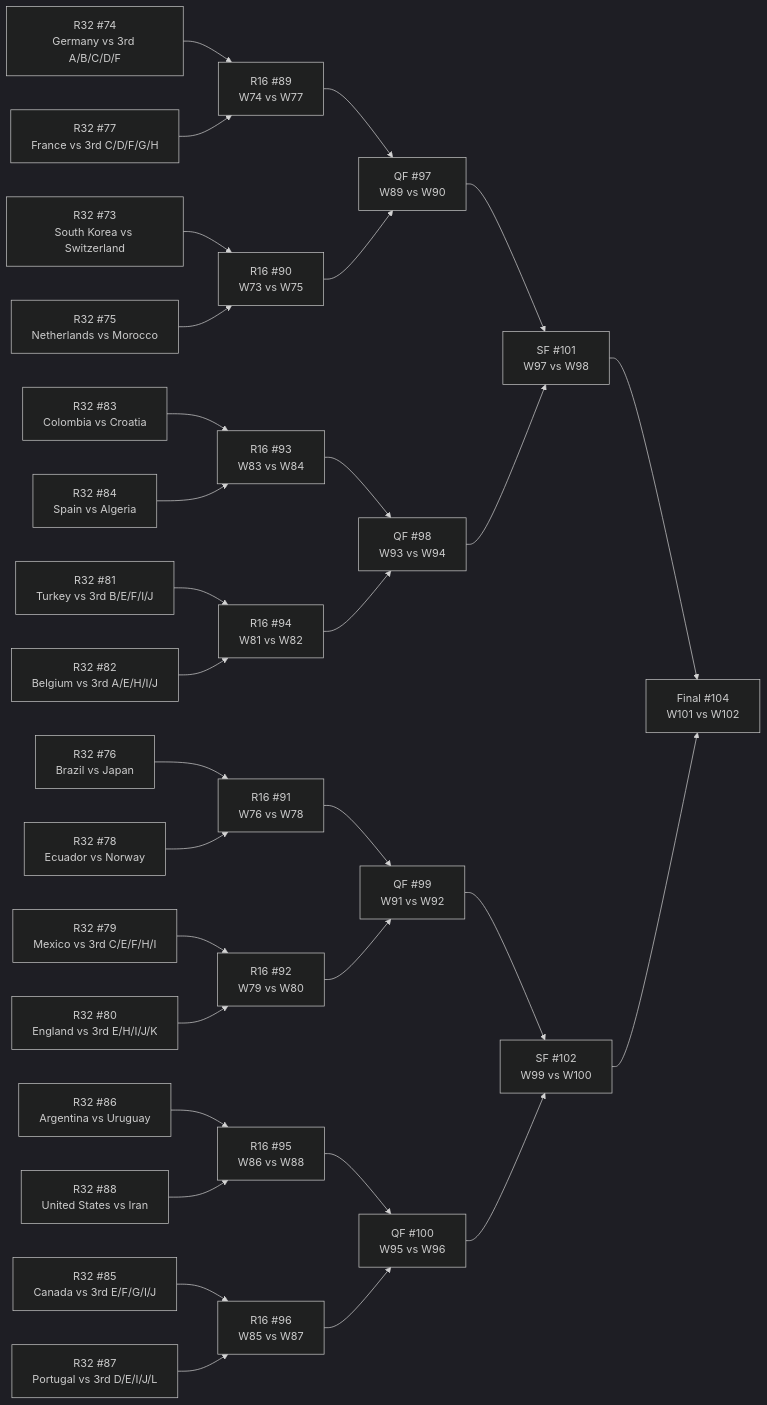
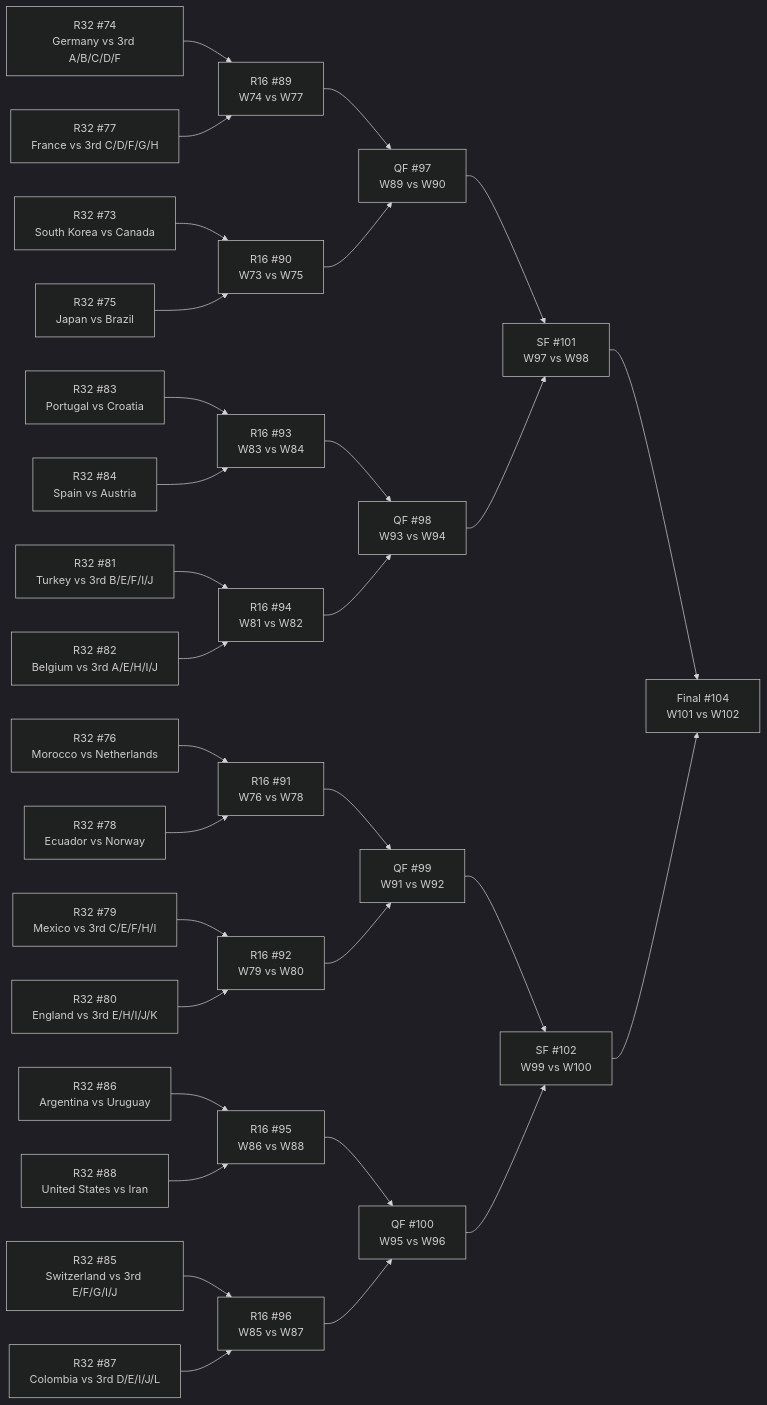
The diagram in WC vault/_bracket.md (Tutai-Tran/WC-2026-predictor), drawn with Mermaid (dark theme) before and after one commit. The commit also changed 229 other files, not shown here.

````diff
--- a/WC vault/_bracket.md
+++ b/WC vault/_bracket.md
@@ -11,64 +11,64 @@
 ```mermaid
 flowchart LR
-  M73["R32 #73<br>South Korea vs Switzerland"]
+  M73["R32 #73<br>South Korea vs Canada"]
   M74["R32 #74<br>Germany vs 3rd A/B/C/D/F"]
-  M75["R32 #75<br>Netherlands vs Morocco"]
-  M76["R32 #76<br>Brazil vs Japan"]
+  M75["R32 #75<br>Japan vs Brazil"]
+  M76["R32 #76<br>Morocco vs Netherlands"]
   M77["R32 #77<br>France vs 3rd C/D/F/G/H"]
   M78["R32 #78<br>Ecuador vs Norway"]
   M79["R32 #79<br>Mexico vs 3rd C/E/F/H/I"]
   M80["R32 #80<br>England vs 3rd E/H/I/J/K"]
   M81["R32 #81<br>Turkey vs 3rd B/E/F/I/J"]
   M82["R32 #82<br>Belgium vs 3rd A/E/H/I/J"]
-  M83["R32 #83<br>Colombia vs Croatia"]
-  M84["R32 #84<br>Spain vs Algeria"]
-  M85["R32 #85<br>Canada vs 3rd E/F/G/I/J"]
+  M83["R32 #83<br>Portugal vs Croatia"]
+  M84["R32 #84<br>Spain vs Austria"]
+  M85["R32 #85<br>Switzerland vs 3rd E/F/G/I/J"]
   M86["R32 #86<br>Argentina vs Uruguay"]
-  M87["R32 #87<br>Portugal vs 3rd D/E/I/J/L"]
+  M87["R32 #87<br>Colombia vs 3rd D/E/I/J/L"]
   M88["R32 #88<br>United States vs Iran"]
   M89["R16 #89<br>W74 vs W77"]
   M90["R16 #90<br>W73 vs W75"]
   M91["R16 #91<br>W76 vs W78"]
   M92["R16 #92<br>W79 vs W80"]
   M93["R16 #93<br>W83 vs W84"]
   M94["R16 #94<br>W81 vs W82"]
   M95["R16 #95<br>W86 vs W88"]
   M96["R16 #96<br>W85 vs W87"]
   M97["QF #97<br>W89 vs W90"]
   M98["QF #98<br>W93 vs W94"]
   M99["QF #99<br>W91 vs W92"]
   M100["QF #100<br>W95 vs W96"]
   M101["SF #101<br>W97 vs W98"]
   M102["SF #102<br>W99 vs W100"]
   M104["Final #104<br>W101 vs W102"]
   M74 --> M89
   M77 --> M89
   M73 --> M90
   M75 --> M90
   M76 --> M91
   M78 --> M91
   M79 --> M92
   M80 --> M92
   M83 --> M93
   M84 --> M93
   M81 --> M94
   M82 --> M94
   M86 --> M95
   M88 --> M95
   M85 --> M96
   M87 --> M96
   M89 --> M97
   M90 --> M97
   M93 --> M98
   M94 --> M98
   M91 --> M99
   M92 --> M99
   M95 --> M100
   M96 --> M100
   M97 --> M101
   M98 --> M101
   M99 --> M102
   M100 --> M102
   M101 --> M104
   M102 --> M104
 ```
````
